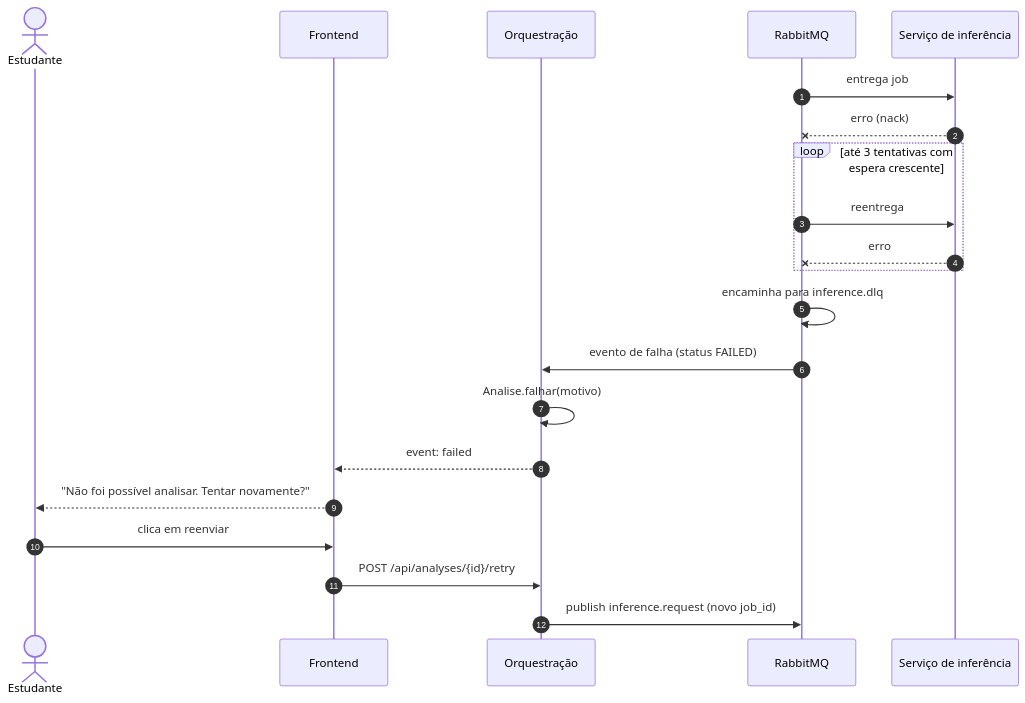
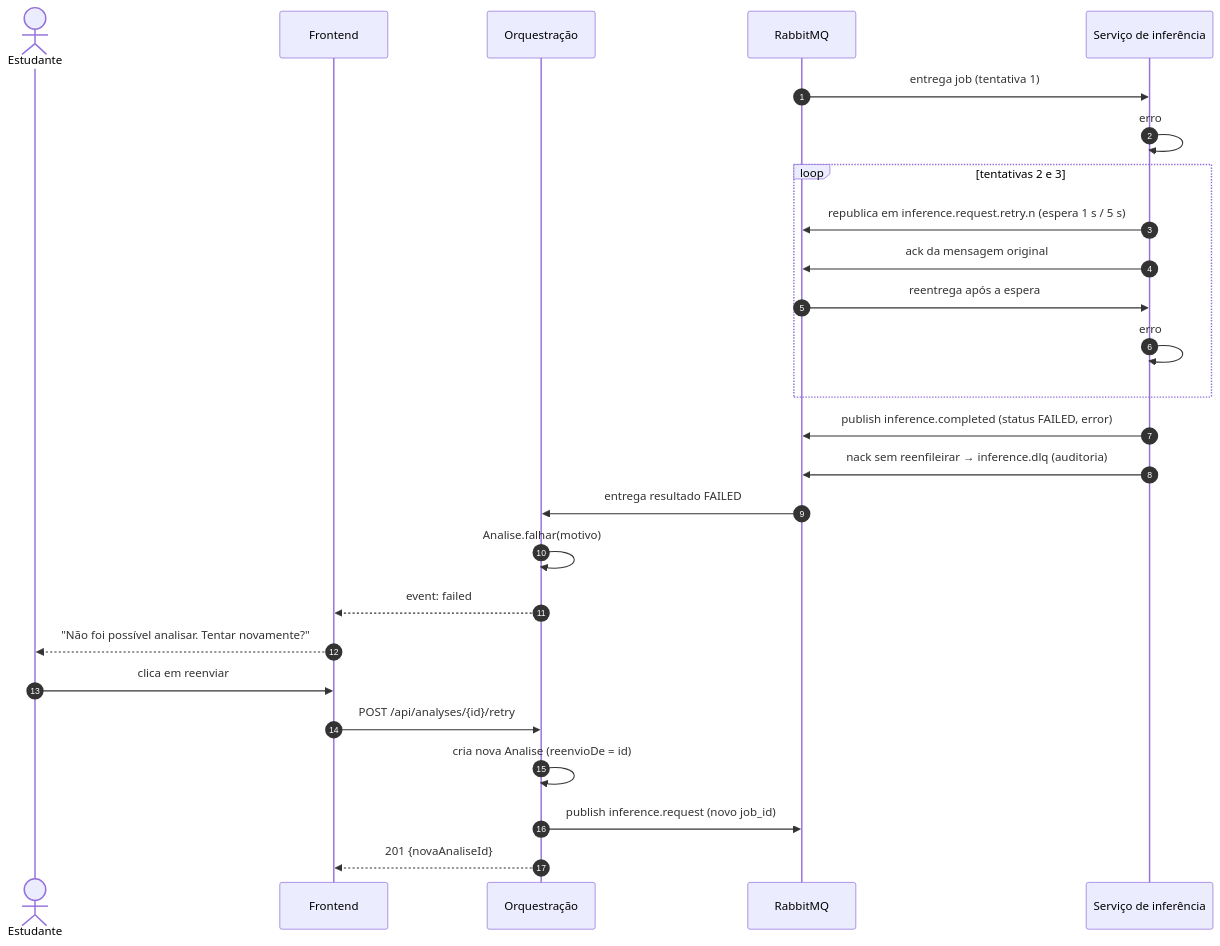
One commit to Umizin/histolente changed the sixth of 8 diagrams in docs/projeto/02-modelagem-estrutural-comportamental.md. Above: the diagram before and after it, drawn with Mermaid. The commit also changed other lines of this file and 33 other files, not shown here.

````diff
--- a/docs/projeto/02-modelagem-estrutural-comportamental.md
+++ b/docs/projeto/02-modelagem-estrutural-comportamental.md
@@ -301,23 +316,28 @@
 ```mermaid
 sequenceDiagram
     autonumber
     actor U as Estudante
     participant FE as Frontend
     participant BE as Orquestração
     participant MQ as RabbitMQ
     participant WK as Serviço de inferência
-    MQ->>WK: entrega job
-    WK--xMQ: erro (nack)
-    loop até 3 tentativas com espera crescente
-        MQ->>WK: reentrega
-        WK--xMQ: erro
+    MQ->>WK: entrega job (tentativa 1)
+    WK->>WK: erro
+    loop tentativas 2 e 3
+        WK->>MQ: republica em inference.request.retry.n (espera 1 s / 5 s)
+        WK->>MQ: ack da mensagem original
+        MQ->>WK: reentrega após a espera
+        WK->>WK: erro
     end
-    MQ->>MQ: encaminha para inference.dlq
-    MQ->>BE: evento de falha (status FAILED)
+    WK->>MQ: publish inference.completed (status FAILED, error)
+    WK->>MQ: nack sem reenfileirar → inference.dlq (auditoria)
+    MQ->>BE: entrega resultado FAILED
     BE->>BE: Analise.falhar(motivo)
     BE-->>FE: event: failed
     FE-->>U: "Não foi possível analisar. Tentar novamente?"
     U->>FE: clica em reenviar
     FE->>BE: POST /api/analyses/{id}/retry
+    BE->>BE: cria nova Analise (reenvioDe = id)
     BE->>MQ: publish inference.request (novo job_id)
+    BE-->>FE: 201 {novaAnaliseId}
 ```
````
